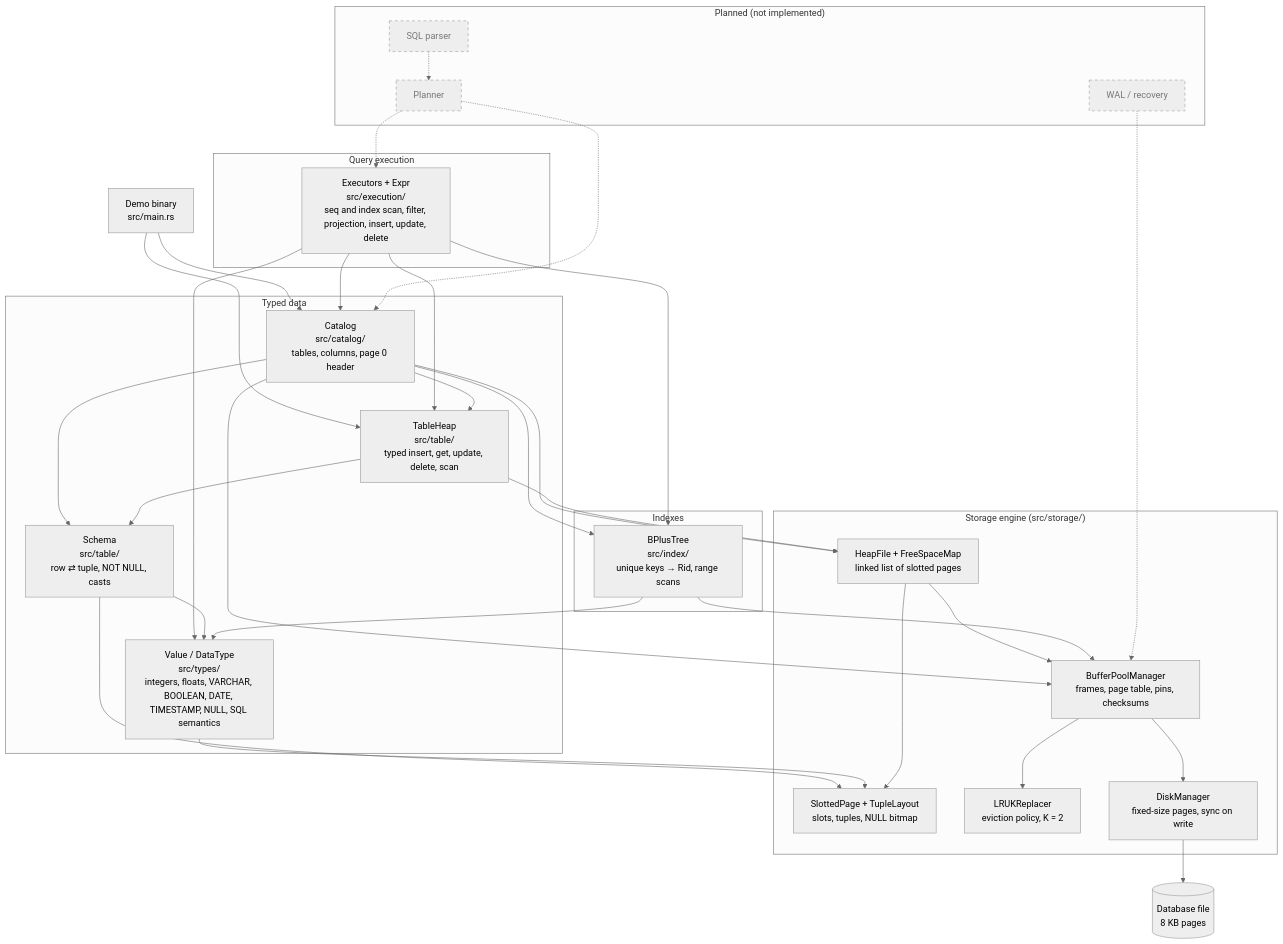
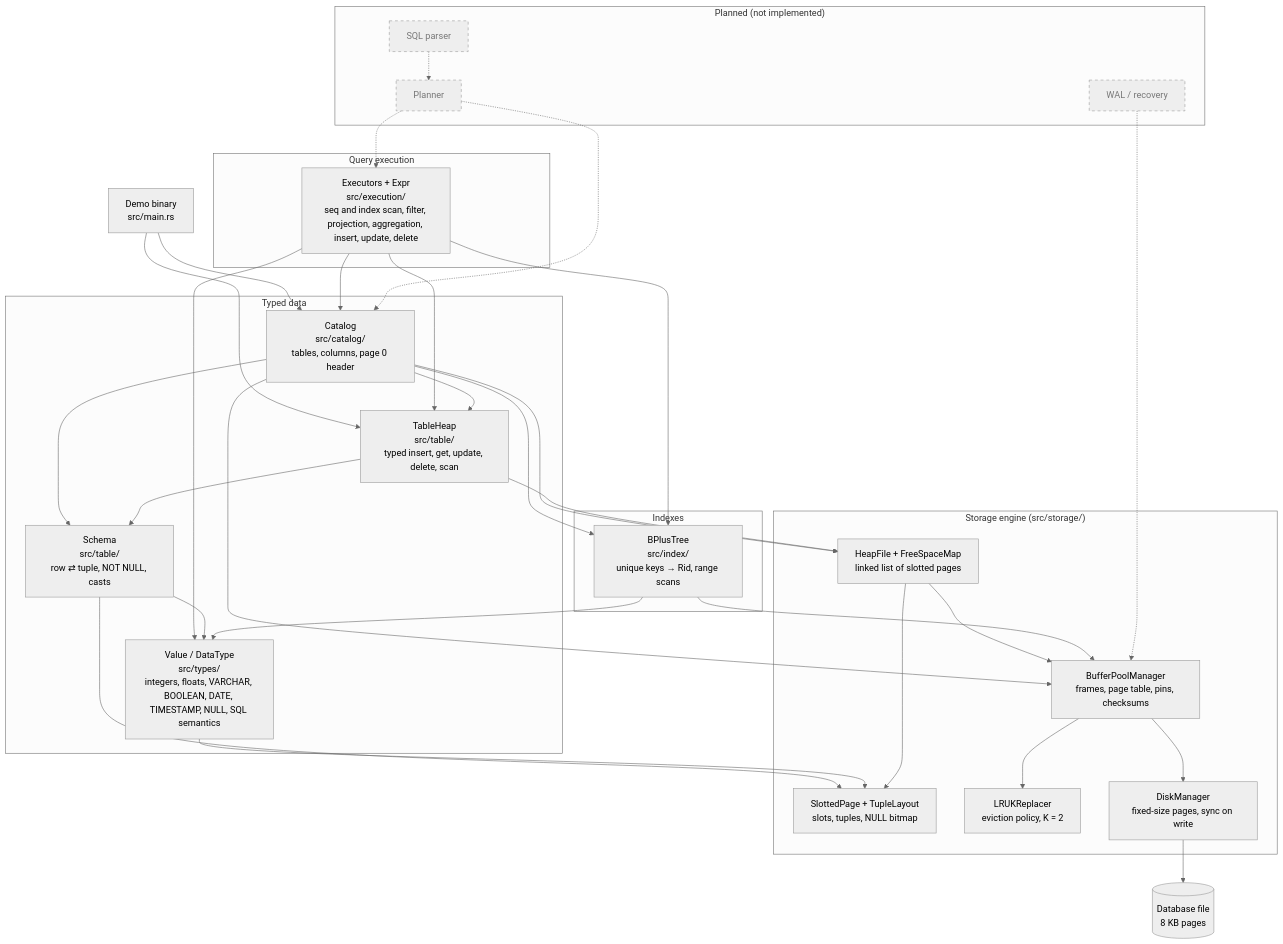
The diagram in docs/architecture.md (RodrigoGrz/ferro-db), drawn with Mermaid (neutral theme) before and after one commit. The commit also changed other lines of this file and 9 other files, not shown here.

````diff
--- a/docs/architecture.md
+++ b/docs/architecture.md
@@ -9,66 +9,66 @@
 ```mermaid
 flowchart TD
     demo["Demo binary<br/>src/main.rs"]
 
     subgraph upper["Typed data"]
         catalog["Catalog<br/>src/catalog/<br/>tables, columns, page 0 header"]
         tableheap["TableHeap<br/>src/table/<br/>typed insert, get, update, delete, scan"]
         schema["Schema<br/>src/table/<br/>row ⇄ tuple, NOT NULL, casts"]
         types["Value / DataType<br/>src/types/<br/>integers, floats, VARCHAR, BOOLEAN, DATE, TIMESTAMP, NULL, SQL semantics"]
     end
 
     subgraph indexes["Indexes"]
         btree["BPlusTree<br/>src/index/<br/>unique keys → Rid, range scans"]
     end
 
     subgraph execution["Query execution"]
-        exec["Executors + Expr<br/>src/execution/<br/>seq and index scan, filter, projection, insert, update, delete"]
+        exec["Executors + Expr<br/>src/execution/<br/>seq and index scan, filter, projection, aggregation, insert, update, delete"]
     end
 
     subgraph storage["Storage engine (src/storage/)"]
         heap["HeapFile + FreeSpaceMap<br/>linked list of slotted pages"]
         slotted["SlottedPage + TupleLayout<br/>slots, tuples, NULL bitmap"]
         bpm["BufferPoolManager<br/>frames, page table, pins, checksums"]
         replacer["LRUKReplacer<br/>eviction policy, K = 2"]
         disk["DiskManager<br/>fixed-size pages, sync on write"]
     end
 
     file[("Database file<br/>8 KB pages")]
 
     demo --> catalog
     demo --> tableheap
     exec --> catalog
     exec --> tableheap
     exec --> btree
     exec --> types
     catalog --> tableheap
     catalog --> heap
     catalog --> schema
     tableheap --> schema
     tableheap --> heap
     schema --> types
     schema --> slotted
     types --> slotted
     heap --> slotted
     heap --> bpm
     catalog --> bpm
     catalog --> btree
     btree --> types
     btree --> bpm
     bpm --> replacer
     bpm --> disk
     disk --> file
 
     subgraph planned["Planned (not implemented)"]
         sql["SQL parser"]
         planner["Planner"]
         wal["WAL / recovery"]
     end
     sql -.-> planner
     planner -.-> exec
     planner -.-> catalog
     wal -.-> bpm
 
     classDef plannedNode stroke-dasharray: 5 5,color:#777
     class sql,planner,wal plannedNode
 ```
````
